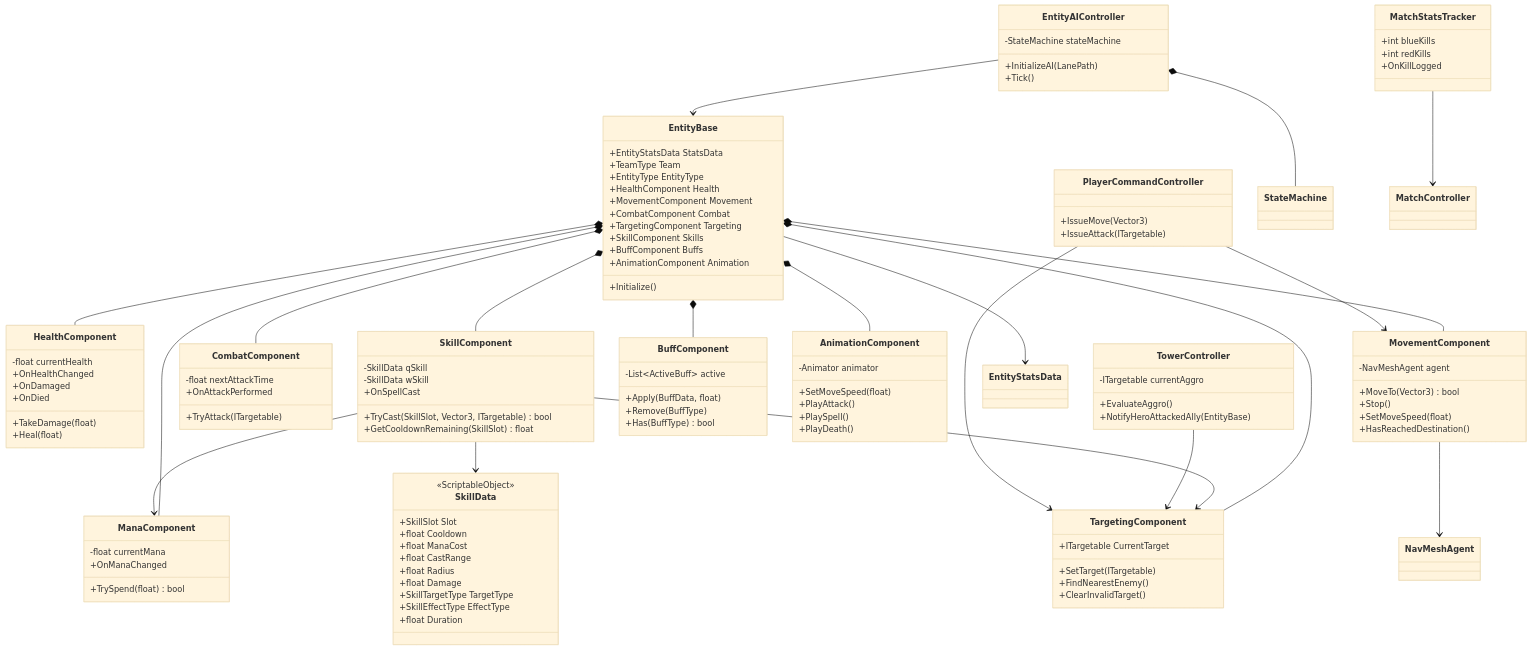
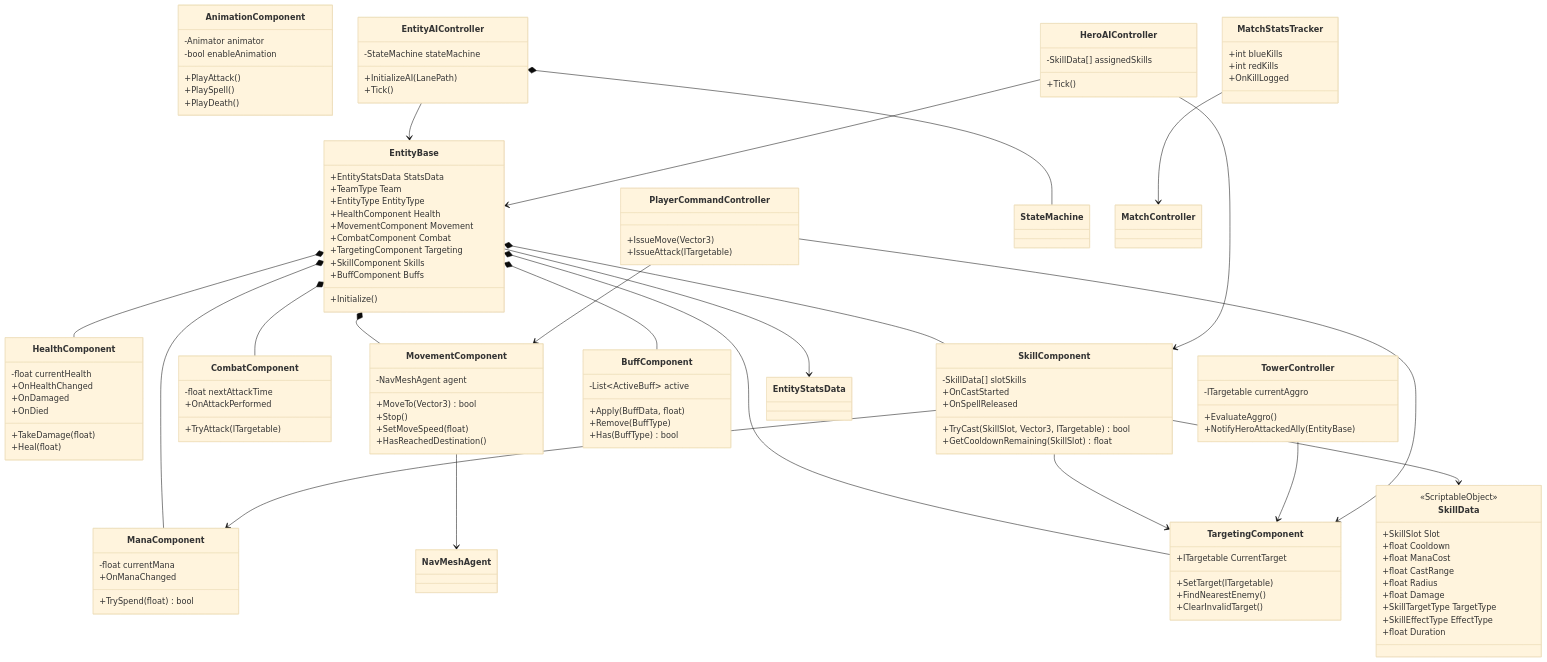
Before and after one commit to Jaxuu/MOBA-Demo: the diagram in MOBA_Demo_Plan.md, drawn with Mermaid (base theme). The commit also changed other lines of this file and 382 other files, not shown here.

```diff
--- a/MOBA_Demo_Plan.md
+++ b/MOBA_Demo_Plan.md
@@ -150,7 +160,6 @@
         +TargetingComponent Targeting
         +SkillComponent Skills
         +BuffComponent Buffs
-        +AnimationComponent Animation
         +Initialize()
     }
 
@@ -191,11 +200,11 @@
     }
 
     class SkillComponent {
-        -SkillData qSkill
-        -SkillData wSkill
+        -SkillData[] slotSkills
         +TryCast(SkillSlot, Vector3, ITargetable) bool
         +GetCooldownRemaining(SkillSlot) float
-        +OnSpellCast
+        +OnCastStarted
+        +OnSpellReleased
     }
 
     class BuffComponent {
@@ -220,7 +229,7 @@
 
     class AnimationComponent {
         -Animator animator
-        +SetMoveSpeed(float)
+        -bool enableAnimation
         +PlayAttack()
         +PlaySpell()
         +PlayDeath()
@@ -249,6 +258,11 @@
         +Tick()
     }
 
+    class HeroAIController {
+        -SkillData[] assignedSkills
+        +Tick()
+    }
+
     EntityBase *-- HealthComponent
     EntityBase *-- ManaComponent
     EntityBase *-- MovementComponent
@@ -256,13 +270,14 @@
     EntityBase *-- TargetingComponent
     EntityBase *-- SkillComponent
     EntityBase *-- BuffComponent
-    EntityBase *-- AnimationComponent
     EntityBase --> EntityStatsData
     SkillComponent --> SkillData
     SkillComponent --> ManaComponent
     SkillComponent --> TargetingComponent
     EntityAIController --> EntityBase
     EntityAIController *-- StateMachine
+    HeroAIController --> EntityBase
+    HeroAIController --> SkillComponent
     MovementComponent --> NavMeshAgent
     TowerController --> TargetingComponent
     PlayerCommandController --> MovementComponent
```
